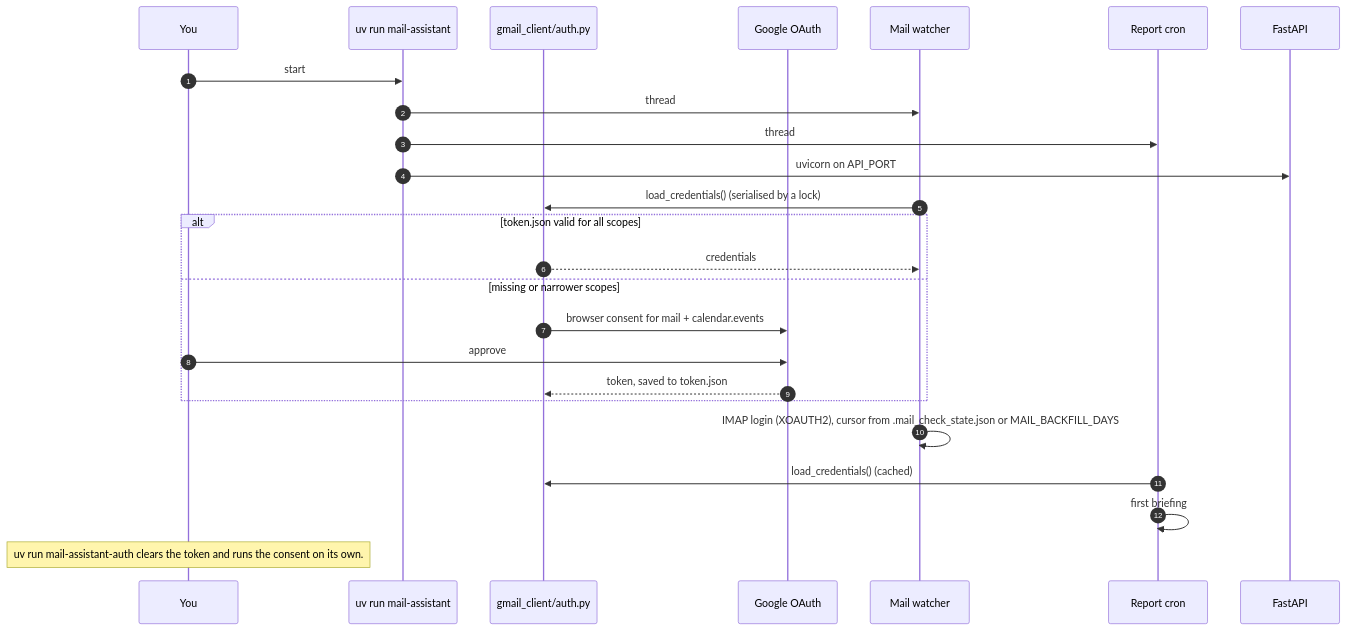
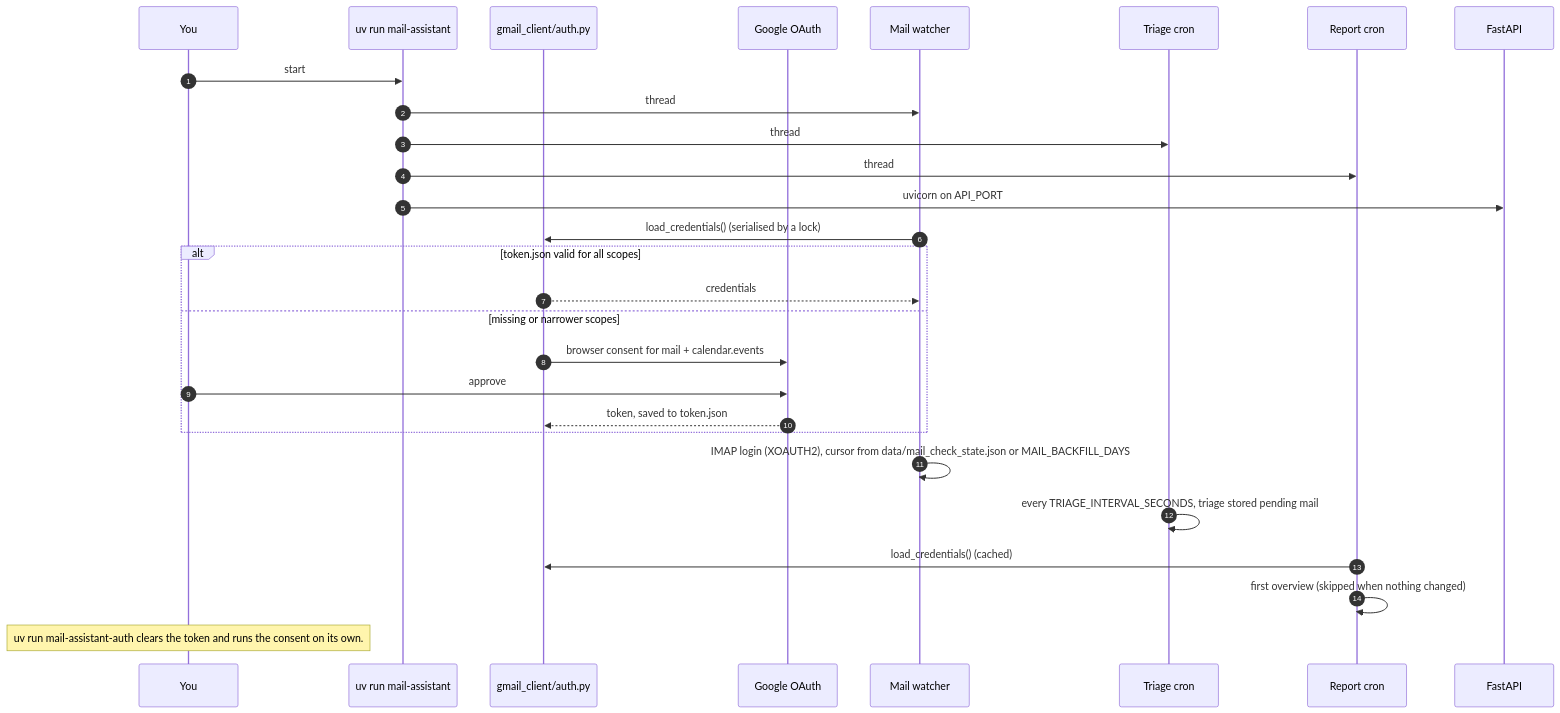
The diagram in docs/diagrams/seq-startup.mmd (divakarmudunuri/MailboxPersonalAssistant), drawn with Mermaid before and after one commit. The commit also changed 59 other files, not shown here.

```diff
--- a/docs/diagrams/seq-startup.mmd
+++ b/docs/diagrams/seq-startup.mmd
@@ -1,26 +1,29 @@
 sequenceDiagram
     autonumber
     participant U as You
     participant App as uv run mail-assistant
     participant Auth as gmail_client/auth.py
     participant G as Google OAuth
     participant W as Mail watcher
+    participant TC as Triage cron
     participant C as Report cron
     participant API as FastAPI
 
     U->>App: start
     App->>W: thread
+    App->>TC: thread
     App->>C: thread
     App->>API: uvicorn on API_PORT
     W->>Auth: load_credentials()  (serialised by a lock)
     alt token.json valid for all scopes
         Auth-->>W: credentials
     else missing or narrower scopes
         Auth->>G: browser consent for mail + calendar.events
         U->>G: approve
         G-->>Auth: token, saved to token.json
     end
-    W->>W: IMAP login (XOAUTH2), cursor from .mail_check_state.json or MAIL_BACKFILL_DAYS
+    W->>W: IMAP login (XOAUTH2), cursor from data/mail_check_state.json or MAIL_BACKFILL_DAYS
+    TC->>TC: every TRIAGE_INTERVAL_SECONDS, triage stored pending mail
     C->>Auth: load_credentials() (cached)
-    C->>C: first briefing
+    C->>C: first overview (skipped when nothing changed)
     Note over U: uv run mail-assistant-auth clears the token and runs the consent on its own.
```
